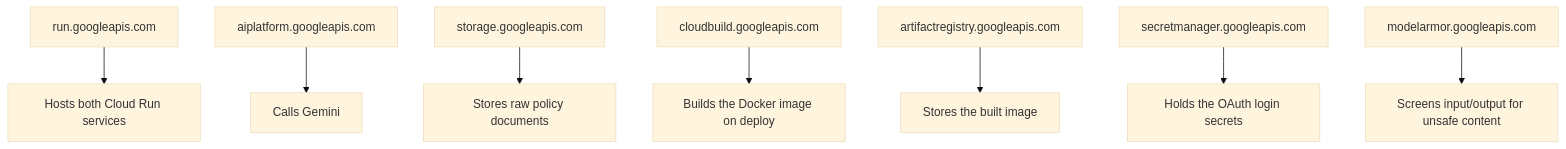
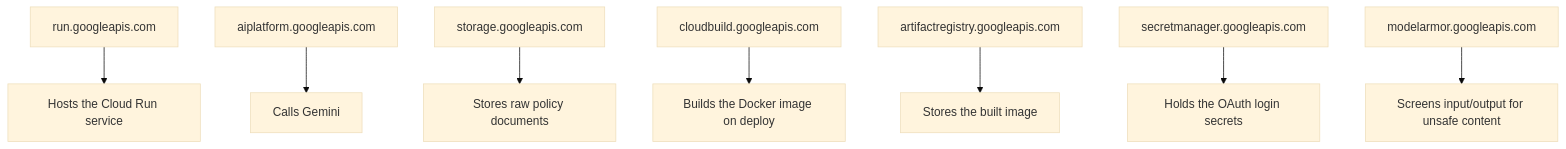
Before and after one commit to d-hackmt/HR-RAG-WITH-GCP: the diagram in docs/11-gcp-apis-and-iam.md, drawn with Mermaid (base theme). The commit also changed other lines of this file and 20 other files, not shown here.

````diff
--- a/docs/11-gcp-apis-and-iam.md
+++ b/docs/11-gcp-apis-and-iam.md
@@ -19,10 +19,10 @@
 ```mermaid
 flowchart TD
-    RUN["run.googleapis.com"] --> A1["Hosts both Cloud Run services"]
+    RUN["run.googleapis.com"] --> A1["Hosts the Cloud Run service"]
     AI["aiplatform.googleapis.com"] --> A2["Calls Gemini"]
     GCS["storage.googleapis.com"] --> A3["Stores raw policy documents"]
     BUILD["cloudbuild.googleapis.com"] --> A4["Builds the Docker image on deploy"]
     AR["artifactregistry.googleapis.com"] --> A5["Stores the built image"]
     SM["secretmanager.googleapis.com"] --> A6["Holds the OAuth login secrets"]
     MA["modelarmor.googleapis.com"] --> A7["Screens input/output for unsafe content"]
 ```
````
